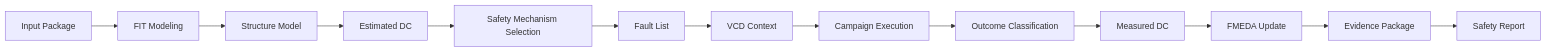
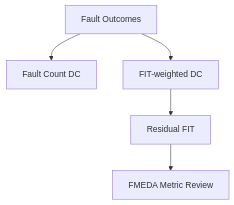
The eighth of 12 diagrams in articles/15_automotive_safeic_practice_d15_github_en_safety_report_generation.md (qiqixixi1001/automotive-safeic-practice), drawn with Mermaid before and after one commit. The commit also changed other lines of this file, not shown here.

````diff
--- a/articles/15_automotive_safeic_practice_d15_github_en_safety_report_generation.md
+++ b/articles/15_automotive_safeic_practice_d15_github_en_safety_report_generation.md
@@ -491,15 +719,7 @@
 ```mermaid
-flowchart LR
-    A[Input Package] --> B[FIT Modeling]
-    B --> C[Structure Model]
-    C --> D[Estimated DC]
-    D --> E[Safety Mechanism Selection]
-    E --> F[Fault List]
-    F --> G[VCD Context]
-    G --> H[Campaign Execution]
-    H --> I[Outcome Classification]
-    I --> J[Measured DC]
-    J --> K[FMEDA Update]
-    K --> L[Evidence Package]
-    L --> M[Safety Report]
+flowchart TD
+    A[Fault Outcomes] --> B[Fault Count DC]
+    A --> C[FIT-weighted DC]
+    C --> D[Residual FIT]
+    D --> E[FMEDA Metric Review]
 ```
````
